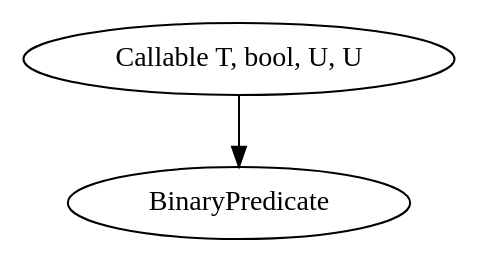
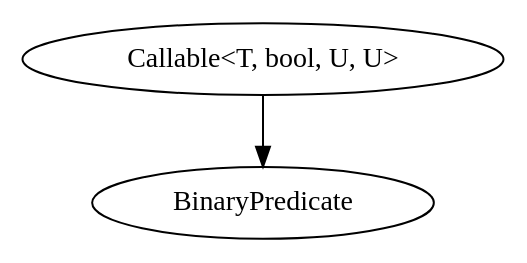
Before and after one commit to mmha/bibi: the fifth of 6 diagrams in docs/source/Concepts/Core.rst, drawn with Graphviz. The commit also changed other lines of this file and 8 other files, not shown here.

```diff
--- a/docs/source/Concepts/Core.rst
+++ b/docs/source/Concepts/Core.rst
@@ -147,5 +147,5 @@
 .. graphviz::
 
      digraph g {
-		"Callable T, bool, U, U" -> BinaryPredicate;
+		"Callable<T, bool, U, U>" -> BinaryPredicate;
      }
```
